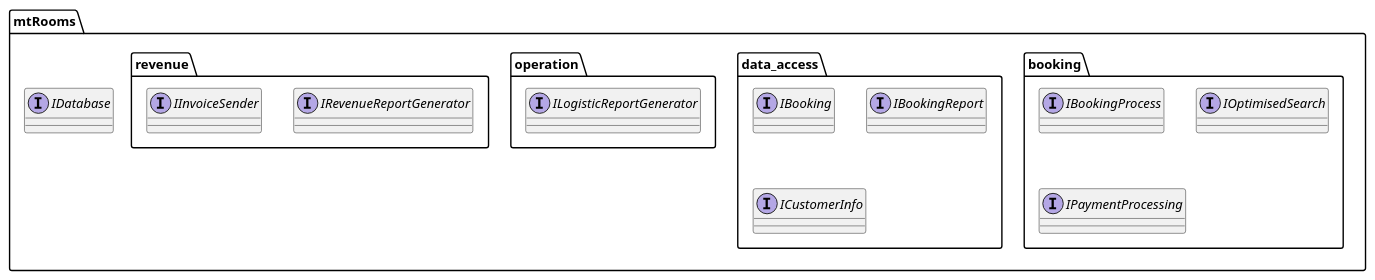
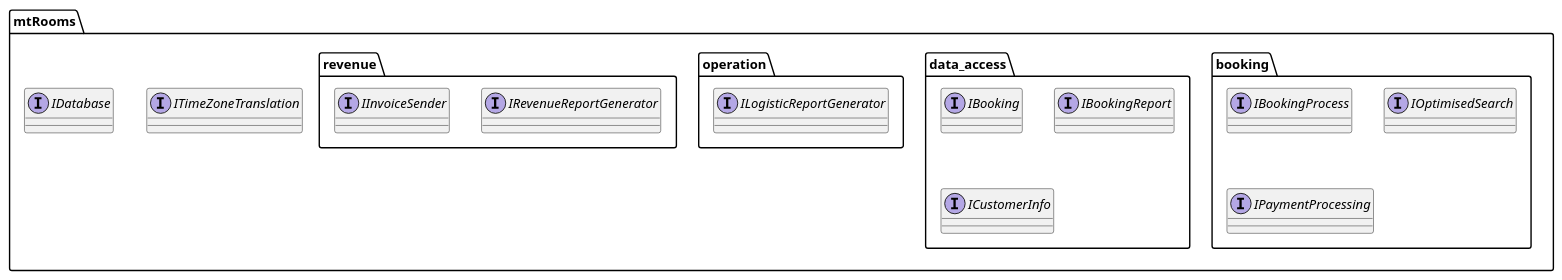
One commit to BBKbeam/mtRooms changed the diagram in docs/uml/component_interface_defs.puml. Above: the diagram before and after it, drawn with PlantUML.

Commit message:
[UML] Added interface description outlines diag.

```diff
--- a/docs/uml/component_interface_defs.puml
+++ b/docs/uml/component_interface_defs.puml
@@ -1,28 +1,29 @@
 @startuml
 
 package mtRooms {
     package "booking" {
         interface IBookingProcess
         interface IOptimisedSearch
         interface IPaymentProcessing
     }
 
     package "data_access" {
         interface IBooking
         interface IBookingReport
         interface ICustomerInfo
     }
 
     package "operation" {
         interface ILogisticReportGenerator
     }
 
     package "revenue" {
         interface IRevenueReportGenerator
         interface IInvoiceSender
     }
 
+    interface ITimeZoneTranslation
     interface IDatabase
 }
 
 @enduml
```
